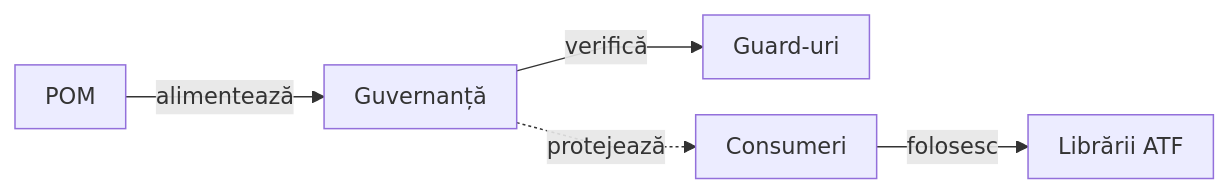
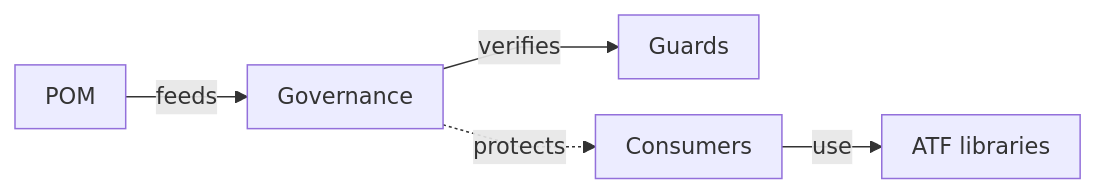
Before and after one commit to crististefanita/atf_j1: the first of 2 diagrams in atf-tests/README.md, drawn with Mermaid. The commit also changed other lines of this file and 83 other files, not shown here.

````diff
--- a/atf-tests/README.md
+++ b/atf-tests/README.md
@@ -12,8 +12,8 @@
 ```mermaid
 %%{init: {"themeVariables":{"fontSize":"15px"},"themeCSS":".nodeLabel, .nodeLabel p { font-size: 15px !important; line-height: 1.35 !important; } .edgeLabel, .edgeLabel p { font-size: 12px !important; font-weight: 400 !important; line-height: 1.2 !important; } .edgeLabel .labelBkg, .edgeLabel p { background: transparent !important; } .edgeLabel foreignObject { transform: translateY(-18px); overflow: visible; } .node rect { rx: 6px; ry: 6px; }","flowchart":{"curve":"linear","nodeSpacing":24,"rankSpacing":40,"padding":10,"diagramPadding":16}}}%%
 flowchart LR
-    Root["POM"] -->|alimentează| Governance["Guvernanță"]
-    Governance -->|verifică| Checks["Guard-uri"]
-    Governance -.->|protejează| Consumers["Consumeri"]
-    Consumers -->|folosesc| Libraries["Librării ATF"]
+    Root["POM"] -->|feeds| Governance["Governance"]
+    Governance -->|verifies| Checks["Guards"]
+    Governance -.->|protects| Consumers["Consumers"]
+    Consumers -->|use| Libraries["ATF libraries"]
 ```
````
